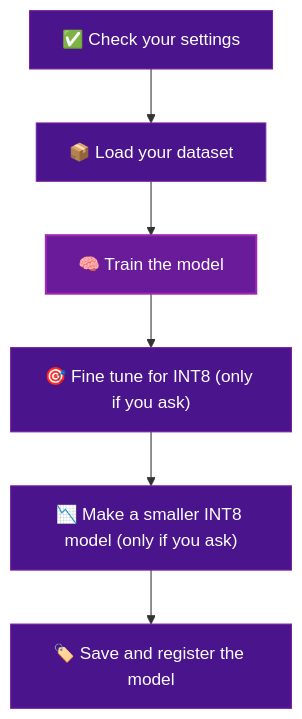
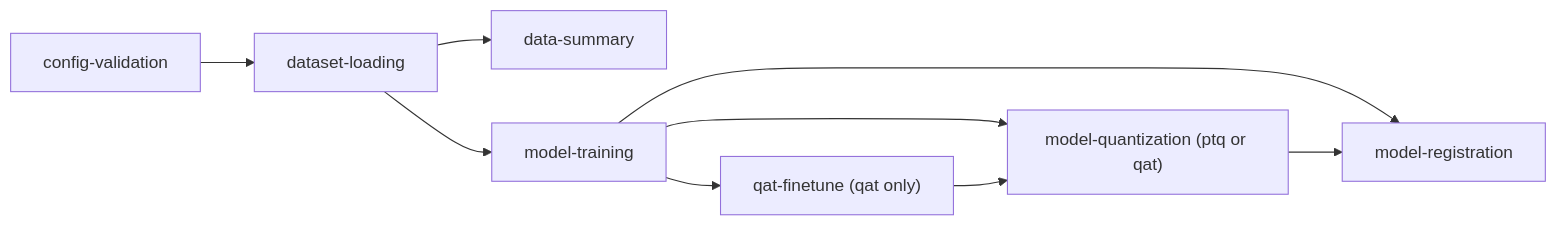
Before and after one commit to novelcore/yolo-pipelines-template: the diagram in docs/index.md, drawn with Mermaid. The commit also changed other lines of this file and 20 other files, not shown here.

````diff
--- a/docs/index.md
+++ b/docs/index.md
@@ -13,15 +30,11 @@
 ```mermaid
-graph TD
-    A["✅ Check your settings"] --> B["📦 Load your dataset"]
-    B --> C["🧠 Train the model"]
-    C --> D["🎯 Fine tune for INT8 (only if you ask)"]
-    D --> E["📉 Make a smaller INT8 model (only if you ask)"]
-    E --> F["🏷️ Save and register the model"]
-
-    style A fill:#4a148c,stroke:#7b1fa2,color:#fff
-    style B fill:#4a148c,stroke:#7b1fa2,color:#fff
-    style C fill:#6a1b9a,stroke:#9c27b0,color:#fff,stroke-width:2px
-    style D fill:#4a148c,stroke:#7b1fa2,color:#fff
-    style E fill:#4a148c,stroke:#7b1fa2,color:#fff
-    style F fill:#4a148c,stroke:#7b1fa2,color:#fff
+graph LR
+    A["config-validation"] --> B["dataset-loading"]
+    B --> S["data-summary"]
+    B --> C["model-training"]
+    C --> D["qat-finetune (qat only)"]
+    C --> E["model-quantization (ptq or qat)"]
+    D --> E
+    C --> F["model-registration"]
+    E --> F
 ```
````
